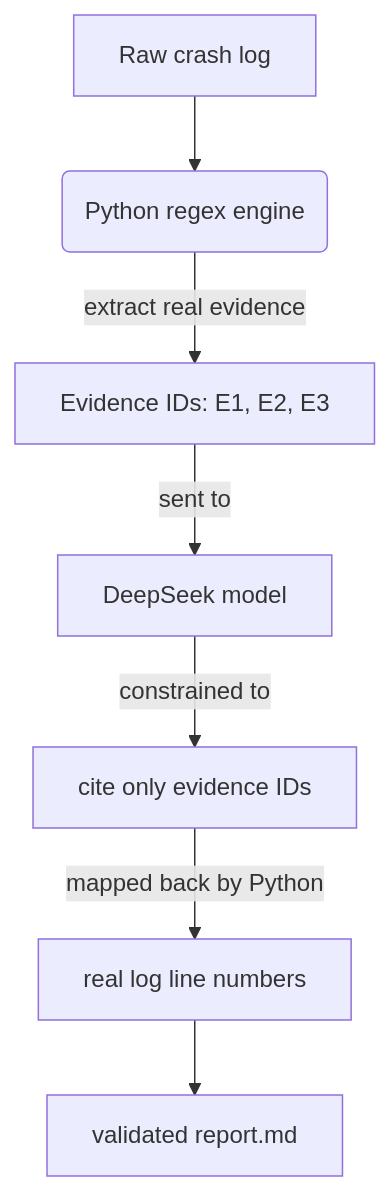
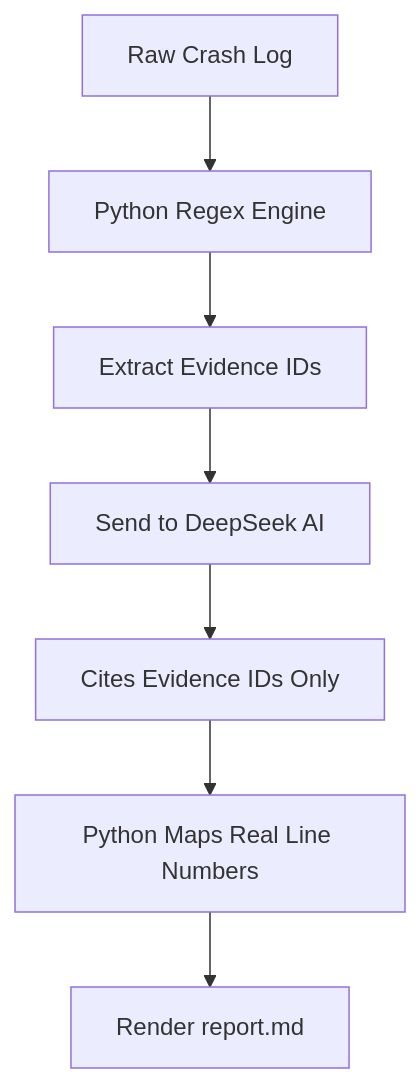
The diagram in README.md (yuanvesper/veyra), drawn with Mermaid before and after one commit. The commit also changed other lines of this file and 1 other file, not shown here.

Commit message:
docs: major UX overhaul (language switch, reorder, mermaid fix, screenshot placeholder)

````diff
--- a/README.md
+++ b/README.md
@@ -142,9 +143,9 @@
 ```mermaid
 graph TD
-    A[Raw crash log] --> B(Python regex engine)
-    B -->|extract real evidence| C[Evidence IDs: E1, E2, E3]
-    C -->|sent to| D[DeepSeek model]
-    D -->|constrained to| E[cite only evidence IDs]
-    E -->|mapped back by Python| F[real log line numbers]
-    F --> G[validated report.md]
+    A[Raw Crash Log] --> B[Python Regex Engine]
+    B --> C[Extract Evidence IDs]
+    C --> D[Send to DeepSeek AI]
+    D --> E[Cites Evidence IDs Only]
+    E --> F[Python Maps Real Line Numbers]
+    F --> G[Render report.md]
 ```
````
